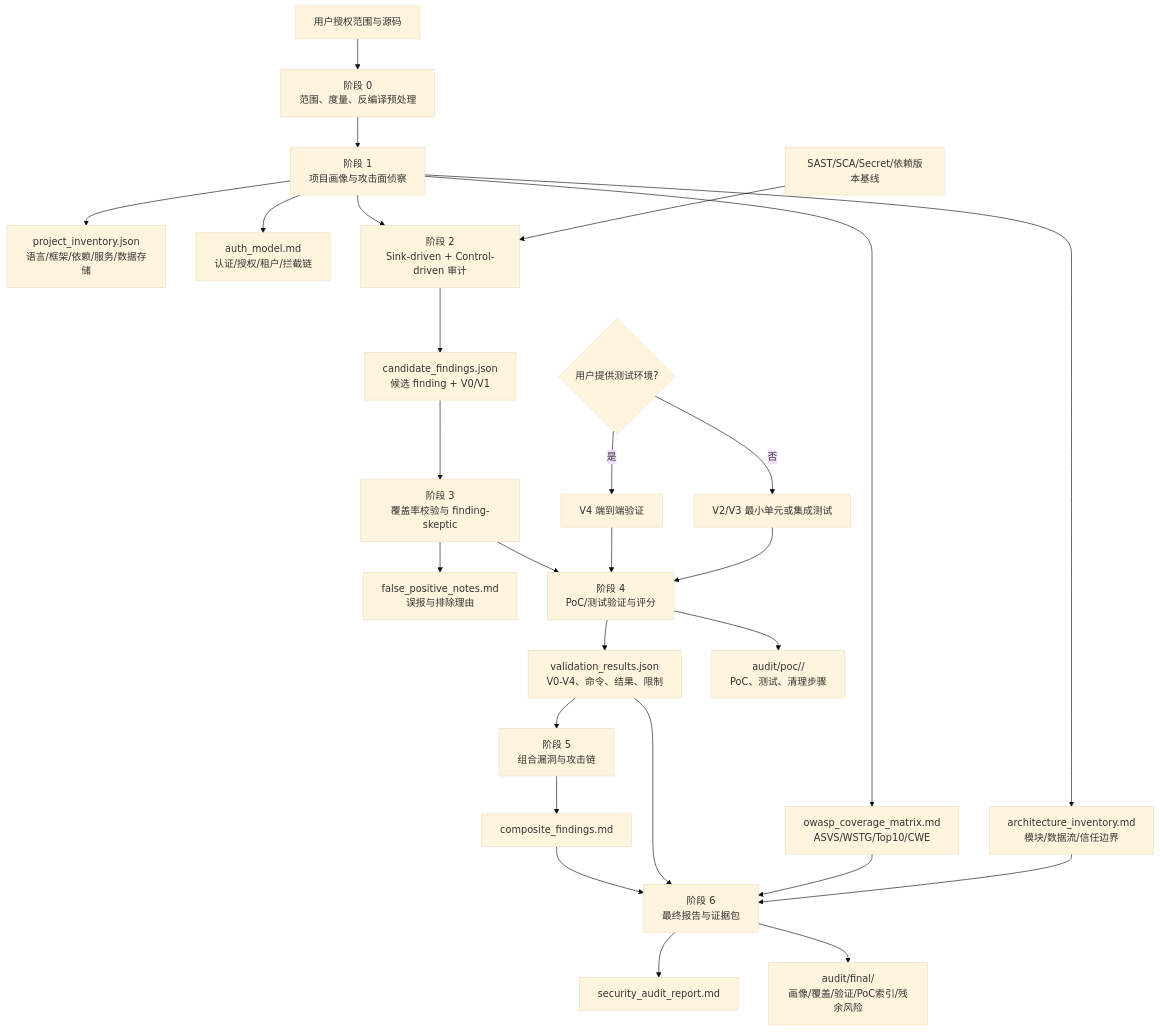
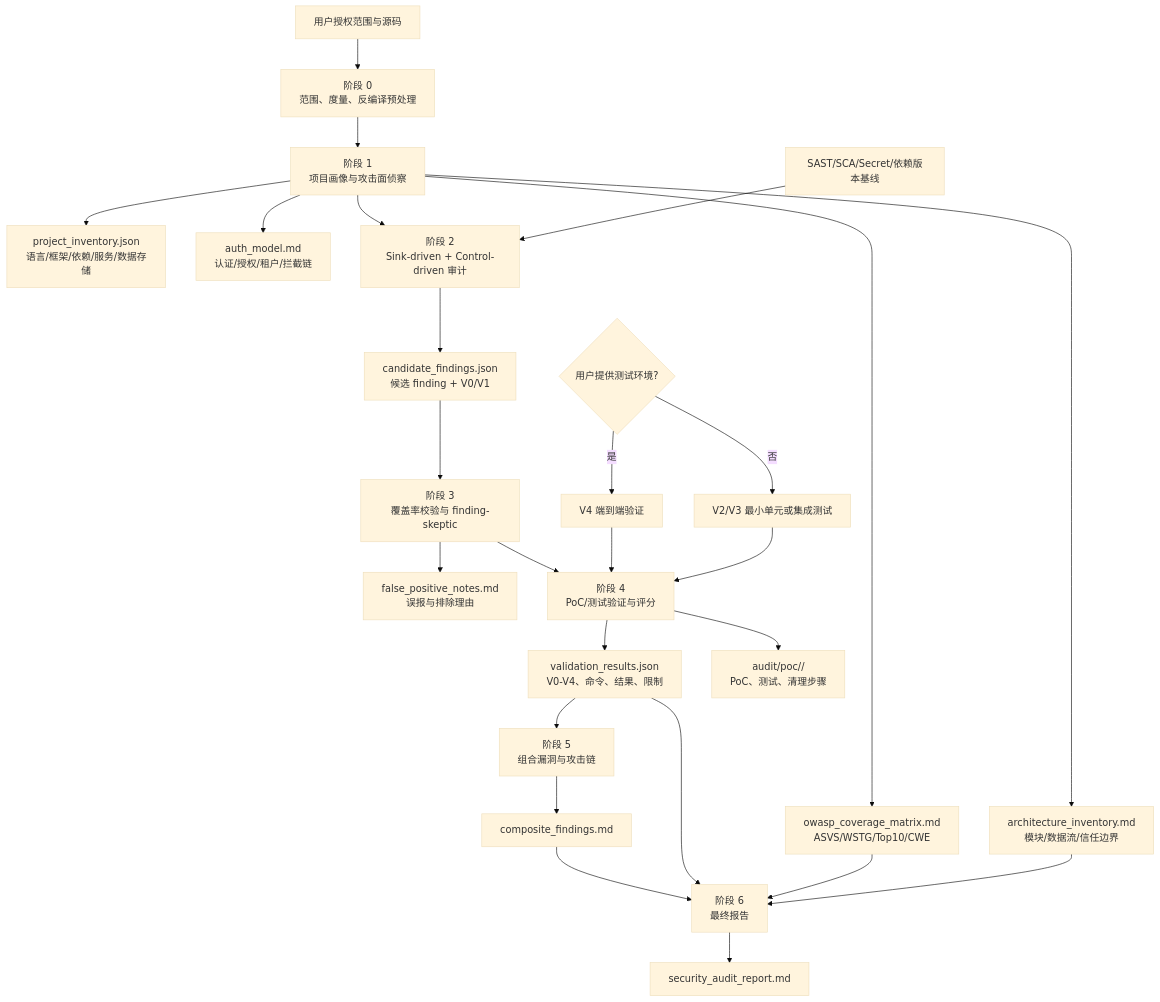
The first of 3 diagrams in shared/architecture_design.md (ssrsec/code-security-audit), drawn with Mermaid (base theme) before and after one commit. The commit also changed other lines of this file and 34 other files, not shown here.

````diff
--- a/shared/architecture_design.md
+++ b/shared/architecture_design.md
@@ -7,29 +7,28 @@
 ```mermaid
 flowchart TB
   U["用户授权范围与源码"] --> P0["阶段 0<br/>范围、度量、反编译预处理"]
   P0 --> P1["阶段 1<br/>项目画像与攻击面侦察"]
   P1 --> INV["project_inventory.json<br/>语言/框架/依赖/服务/数据存储"]
   P1 --> ARCH["architecture_inventory.md<br/>模块/数据流/信任边界"]
   P1 --> AUTH["auth_model.md<br/>认证/授权/租户/拦截链"]
   P1 --> COV["owasp_coverage_matrix.md<br/>ASVS/WSTG/Top10/CWE"]
   P1 --> P2["阶段 2<br/>Sink-driven + Control-driven 审计"]
   BASE["SAST/SCA/Secret/依赖版本基线"] --> P2
   P2 --> CAND["candidate_findings.json<br/>候选 finding + V0/V1"]
   CAND --> P3["阶段 3<br/>覆盖率校验与 finding-skeptic"]
   P3 --> FP["false_positive_notes.md<br/>误报与排除理由"]
   P3 --> P4["阶段 4<br/>PoC/测试验证与评分"]
   ENV{"用户提供测试环境?"} -->|是| V4["V4 端到端验证"]
   ENV -->|否| V2["V2/V3 最小单元或集成测试"]
   V4 --> P4
   V2 --> P4
   P4 --> VAL["validation_results.json<br/>V0-V4、命令、结果、限制"]
   P4 --> POC["audit/poc/<finding-id>/<br/>PoC、测试、清理步骤"]
   VAL --> P5["阶段 5<br/>组合漏洞与攻击链"]
   P5 --> CHAIN["composite_findings.md"]
-  CHAIN --> P6["阶段 6<br/>最终报告与证据包"]
+  CHAIN --> P6["阶段 6<br/>最终报告"]
   VAL --> P6
   COV --> P6
   ARCH --> P6
   P6 --> REPORT["security_audit_report.md"]
-  P6 --> FINAL["audit/final/<br/>画像/覆盖/验证/PoC索引/残余风险"]
 ```
````
